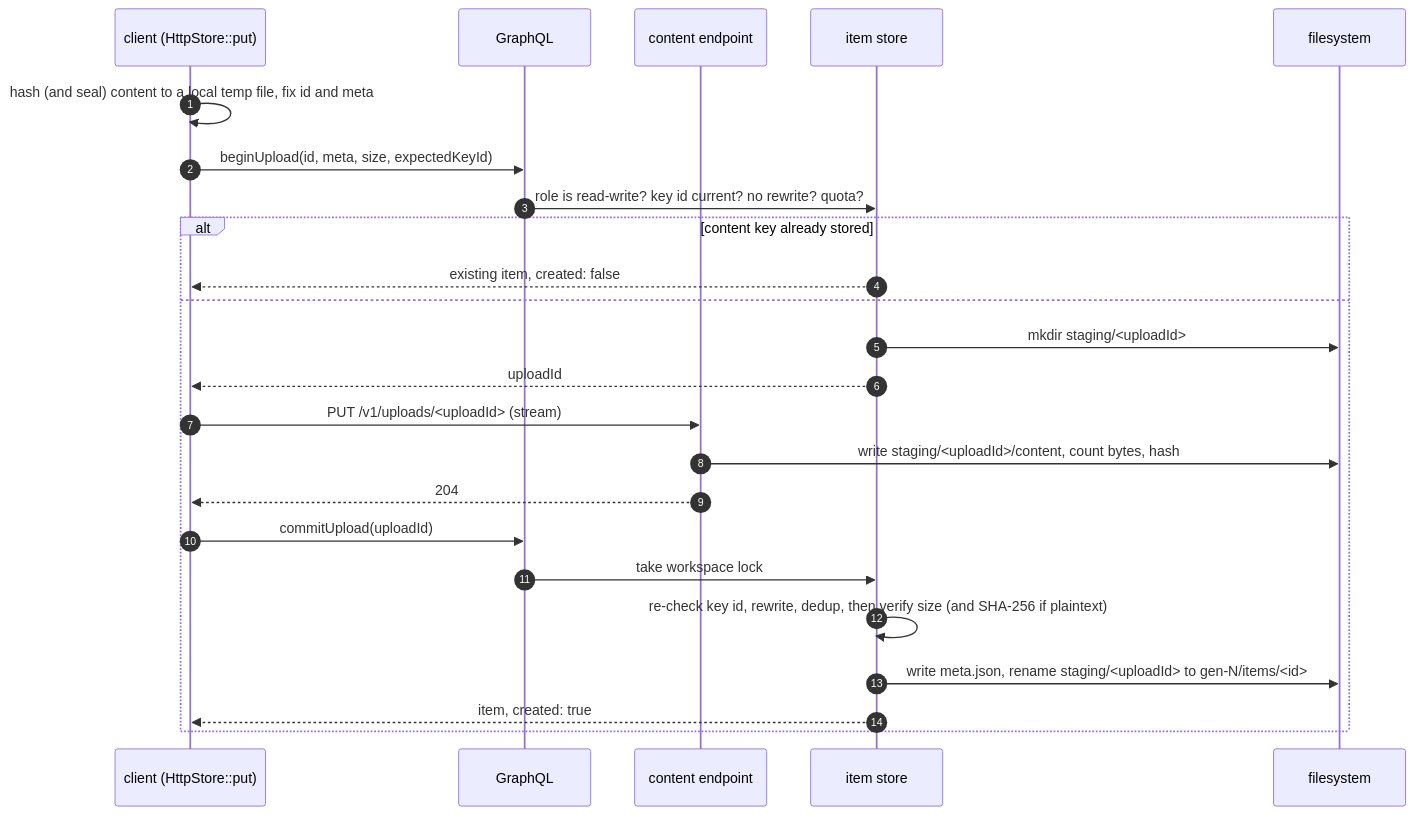
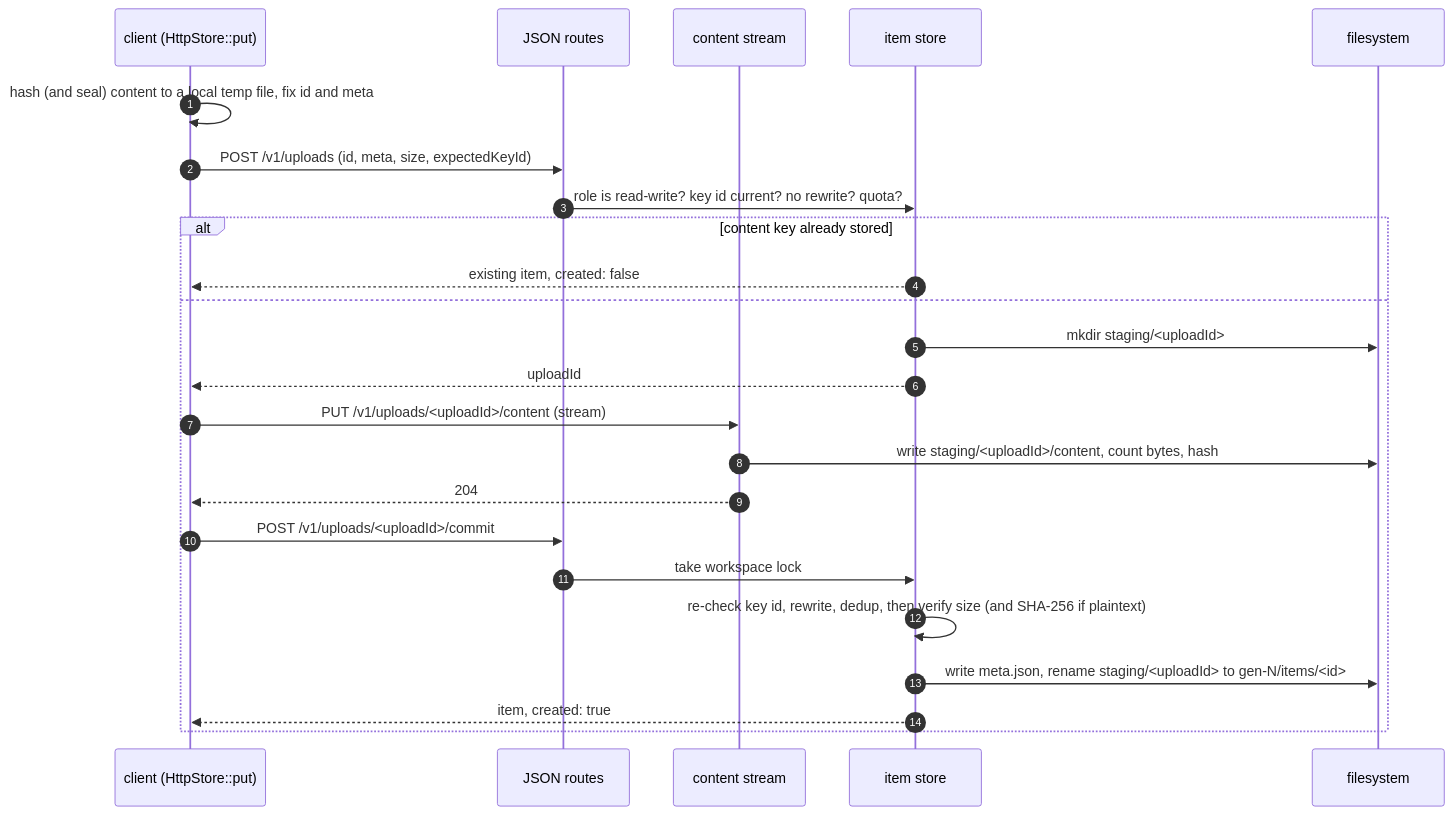
One commit to joelee/passalong-server changed the second of 3 diagrams in docs/architecture.md. Above: the diagram before and after it, drawn with Mermaid. The commit also changed other lines of this file and 16 other files, not shown here.

````diff
--- a/docs/architecture.md
+++ b/docs/architecture.md
@@ -112,27 +116,27 @@
 ```mermaid
 sequenceDiagram
   autonumber
   participant C as client (HttpStore::put)
-  participant G as GraphQL
-  participant B as content endpoint
+  participant G as JSON routes
+  participant B as content stream
   participant I as item store
   participant F as filesystem
 
   C->>C: hash (and seal) content to a local temp file, fix id and meta
-  C->>G: beginUpload(id, meta, size, expectedKeyId)
+  C->>G: POST /v1/uploads (id, meta, size, expectedKeyId)
   G->>I: role is read-write? key id current? no rewrite? quota?
   alt content key already stored
     I-->>C: existing item, created: false
   else
     I->>F: mkdir staging/<uploadId>
     I-->>C: uploadId
-    C->>B: PUT /v1/uploads/<uploadId> (stream)
+    C->>B: PUT /v1/uploads/<uploadId>/content (stream)
     B->>F: write staging/<uploadId>/content, count bytes, hash
     B-->>C: 204
-    C->>G: commitUpload(uploadId)
+    C->>G: POST /v1/uploads/<uploadId>/commit
     G->>I: take workspace lock
     I->>I: re-check key id, rewrite, dedup, then verify size (and SHA-256 if plaintext)
     I->>F: write meta.json, rename staging/<uploadId> to gen-N/items/<id>
     I-->>C: item, created: true
   end
 ```
````
